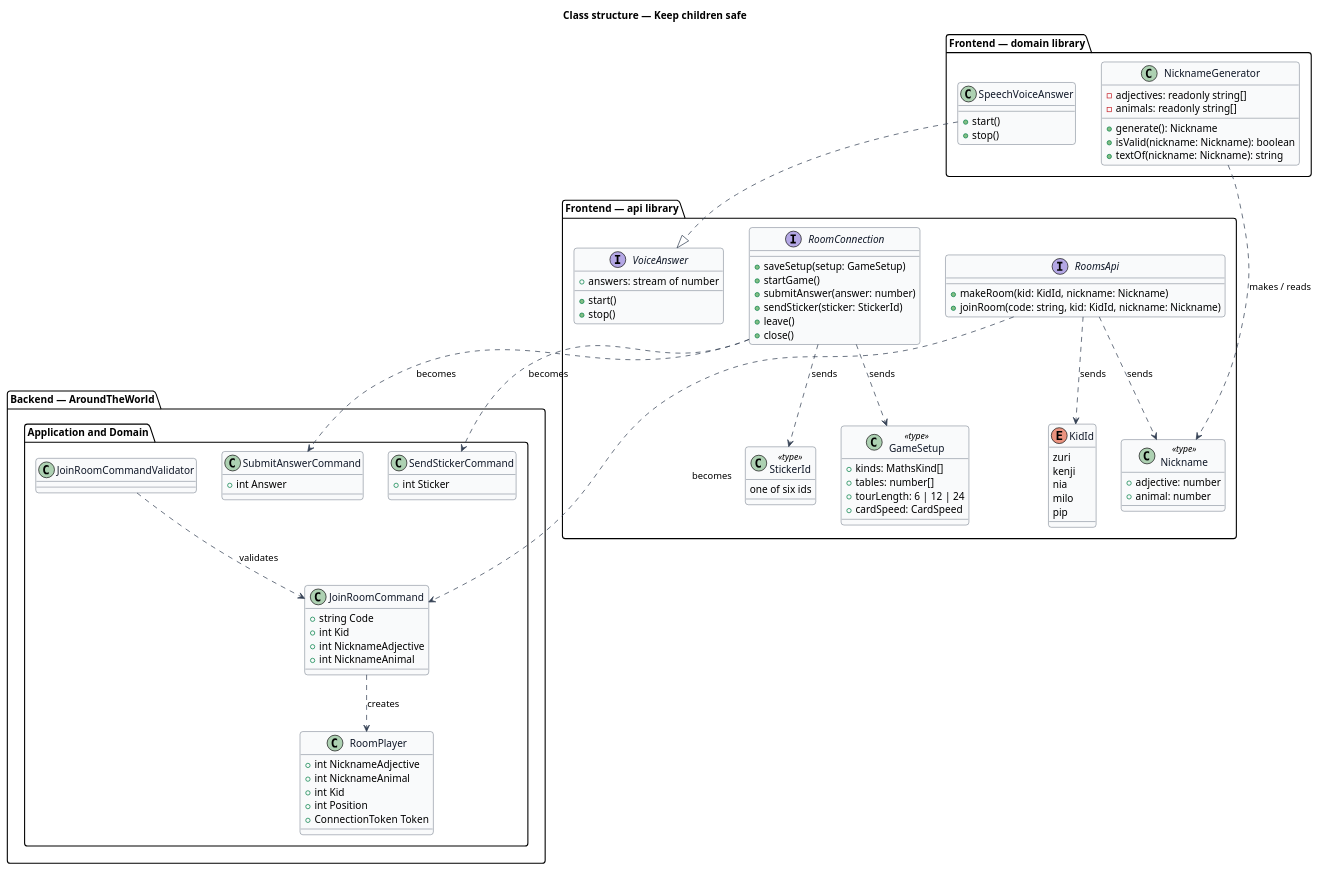
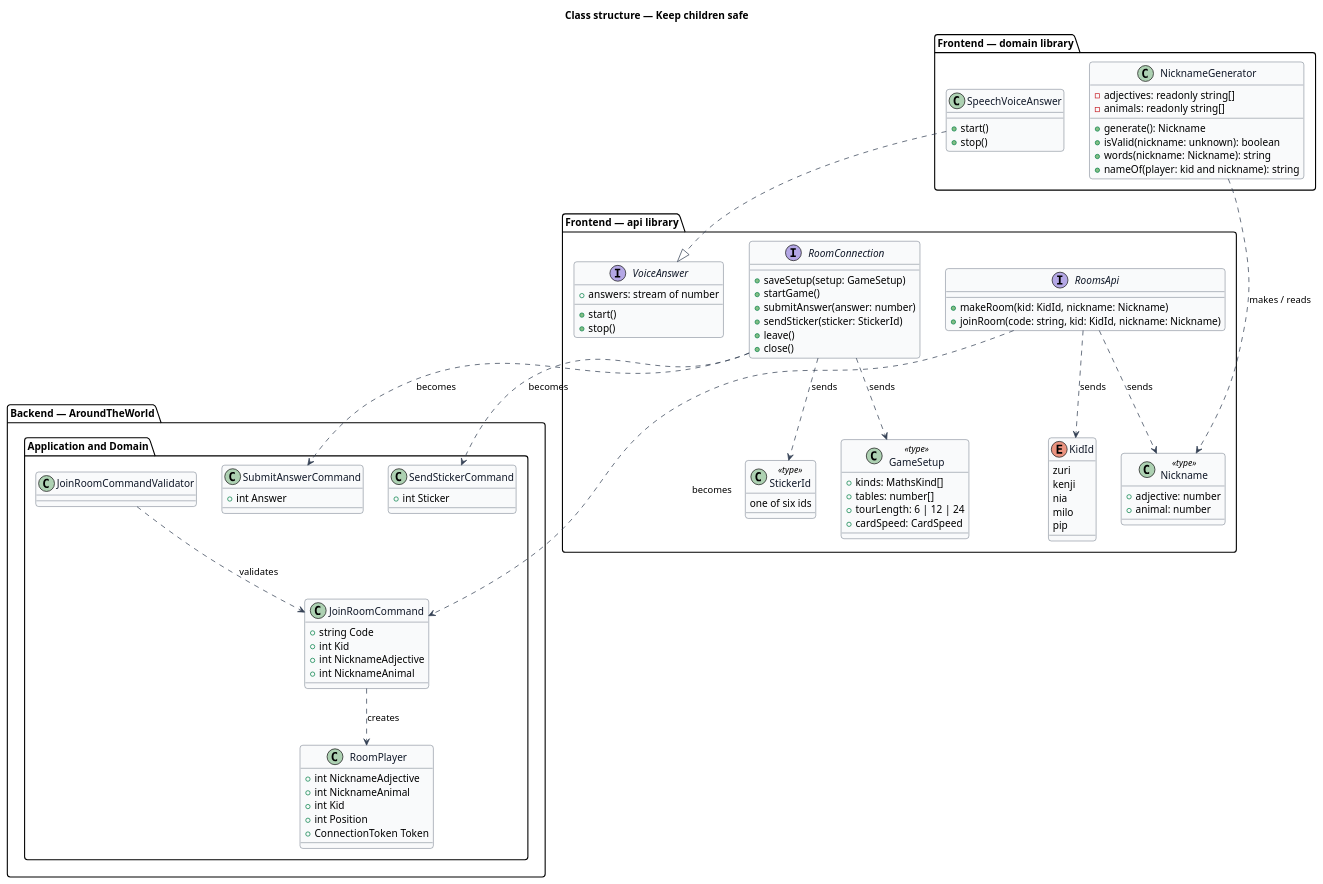
The diagram in docs/detailed-designs/platform/keep-children-safe/diagrams/class-structure.puml (QuinntyneBrown/around-the-world), drawn with PlantUML before and after one commit. The commit also changed 11 other files, not shown here.

```diff
--- a/docs/detailed-designs/platform/keep-children-safe/diagrams/class-structure.puml
+++ b/docs/detailed-designs/platform/keep-children-safe/diagrams/class-structure.puml
@@ -1,99 +1,100 @@
 @startuml
 skinparam backgroundColor #FFFFFF
 skinparam shadowing false
 skinparam roundcorner 8
 skinparam defaultFontName Arial
 skinparam ArrowColor #344054
 skinparam class {
   BorderColor #344054
   FontColor #101828
   BackgroundColor #F9FAFB
 }
 title Class structure — Keep children safe
 
 package "Frontend — api library" {
   enum KidId {
     zuri
     kenji
     nia
     milo
     pip
   }
   class Nickname <<type>> {
     +adjective: number
     +animal: number
   }
   class StickerId <<type>> {
     one of six ids
   }
   class GameSetup <<type>> {
     +kinds: MathsKind[]
     +tables: number[]
     +tourLength: 6 | 12 | 24
     +cardSpeed: CardSpeed
   }
   interface RoomsApi {
     +makeRoom(kid: KidId, nickname: Nickname)
     +joinRoom(code: string, kid: KidId, nickname: Nickname)
   }
   interface RoomConnection {
     +saveSetup(setup: GameSetup)
     +startGame()
     +submitAnswer(answer: number)
     +sendSticker(sticker: StickerId)
     +leave()
     +close()
   }
   interface VoiceAnswer {
     +start()
     +stop()
     +answers: stream of number
   }
 }
 package "Frontend — domain library" {
   class NicknameGenerator {
     -adjectives: readonly string[]
     -animals: readonly string[]
     +generate(): Nickname
-    +isValid(nickname: Nickname): boolean
-    +textOf(nickname: Nickname): string
+    +isValid(nickname: unknown): boolean
+    +words(nickname: Nickname): string
+    +nameOf(player: kid and nickname): string
   }
   class SpeechVoiceAnswer {
     +start()
     +stop()
   }
 }
 package "Backend — AroundTheWorld.Application and Domain" {
   class JoinRoomCommand {
     +string Code
     +int Kid
     +int NicknameAdjective
     +int NicknameAnimal
   }
   class SubmitAnswerCommand {
     +int Answer
   }
   class SendStickerCommand {
     +int Sticker
   }
   class JoinRoomCommandValidator
   class RoomPlayer {
     +int NicknameAdjective
     +int NicknameAnimal
     +int Kid
     +int Position
     +ConnectionToken Token
   }
 }
 RoomsApi ..> Nickname : sends
 RoomsApi ..> KidId : sends
 RoomConnection ..> GameSetup : sends
 RoomConnection ..> StickerId : sends
 NicknameGenerator ..> Nickname : makes / reads
 SpeechVoiceAnswer ..|> VoiceAnswer
 RoomsApi ..> JoinRoomCommand : becomes
 RoomConnection ..> SubmitAnswerCommand : becomes
 RoomConnection ..> SendStickerCommand : becomes
 JoinRoomCommandValidator ..> JoinRoomCommand : validates
 JoinRoomCommand ..> RoomPlayer : creates
 @enduml
```
